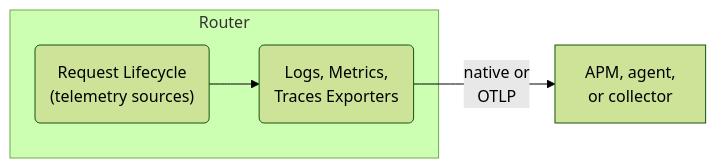
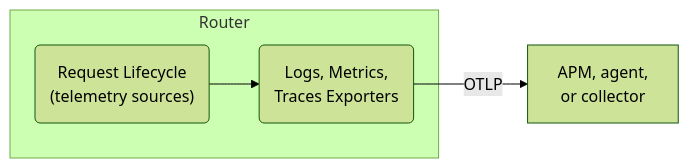
One commit to apollographql/router changed the first of 4 diagrams in docs/source/routing/observability/telemetry.mdx. Above: the diagram before and after it, drawn with Mermaid (forest theme). The commit also changed other lines of this file and 26 other files, not shown here.

````diff
--- a/docs/source/routing/observability/telemetry.mdx
+++ b/docs/source/routing/observability/telemetry.mdx
@@ -14,12 +25,11 @@
 ```mermaid
 flowchart LR
     subgraph Router
     lifecycle("Request Lifecycle<br/>(telemetry sources)")
     exporters("Logs, Metrics,<br/>Traces Exporters")
     lifecycle-->exporters
     end
 
     apms["APM, agent,<br/>or collector"]
-    exporters--"native or<br/>OTLP"-->apms
-
+    exporters--"OTLP"-->apms
 ```
````
